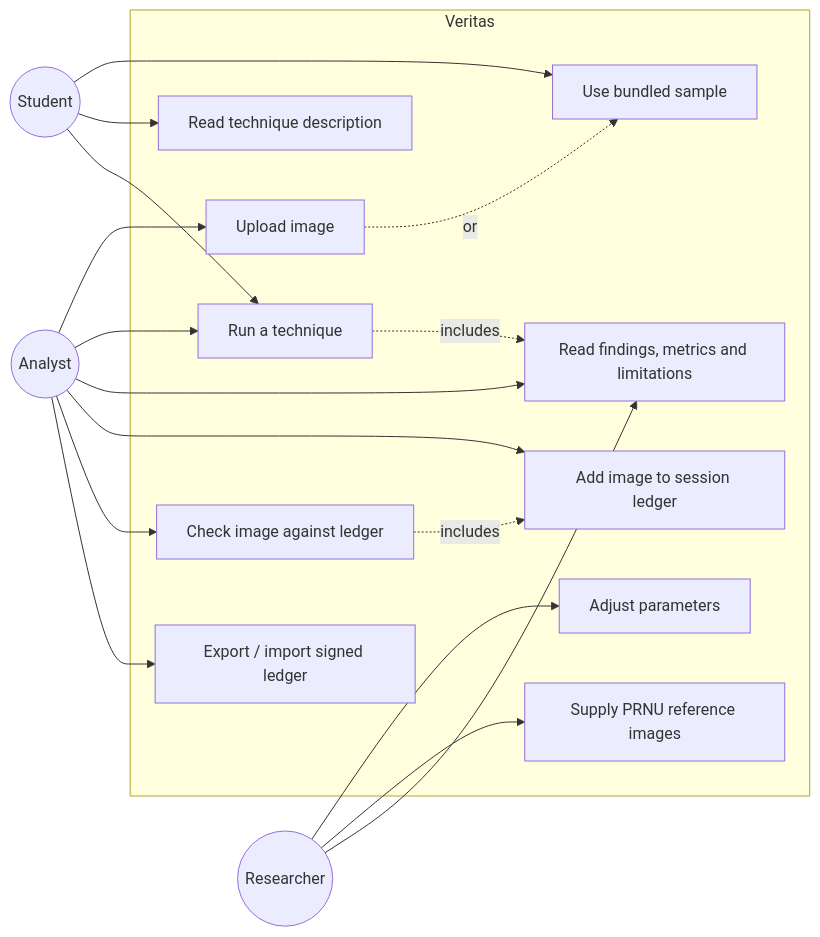
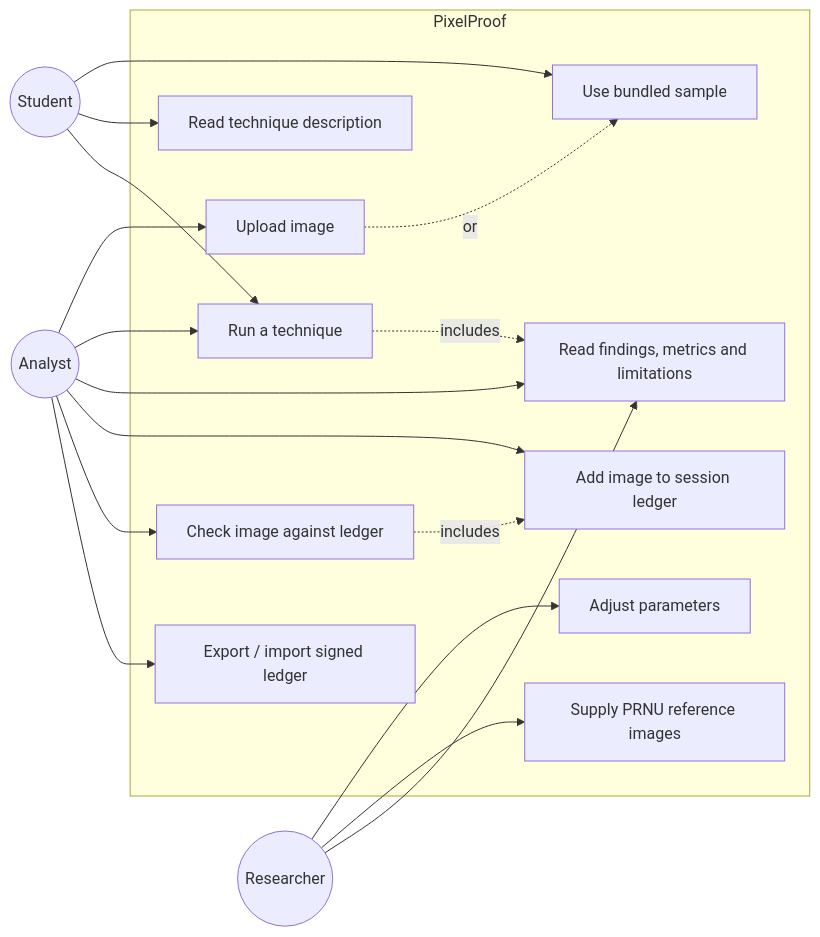
The second of 7 diagrams in docs/Documentation.md (karanLokhande29/pixelproof), drawn with Mermaid before and after one commit. The commit also changed other lines of this file and 43 other files, not shown here.

First line of the commit message:
Rename project to PixelProof and add macOS setup scripts

````diff
--- a/docs/Documentation.md
+++ b/docs/Documentation.md
@@ -300,36 +300,36 @@
 ```mermaid
 graph LR
     User((Analyst))
     Student((Student))
     Researcher((Researcher))
 
-    subgraph "Veritas"
+    subgraph "PixelProof"
         UC1[Upload image]
         UC2[Use bundled sample]
         UC3[Run a technique]
         UC4[Adjust parameters]
         UC5[Read findings, metrics and limitations]
         UC6[Read technique description]
         UC7[Supply PRNU reference images]
         UC8[Add image to session ledger]
         UC9[Check image against ledger]
         UC10[Export / import signed ledger]
     end
 
     User --> UC1
     User --> UC3
     User --> UC5
     User --> UC8
     User --> UC9
     User --> UC10
     Student --> UC2
     Student --> UC6
     Student --> UC3
     Researcher --> UC4
     Researcher --> UC7
     Researcher --> UC5
 
     UC1 -.or.-> UC2
     UC3 -.includes.-> UC5
     UC9 -.includes.-> UC8
 ```
````
